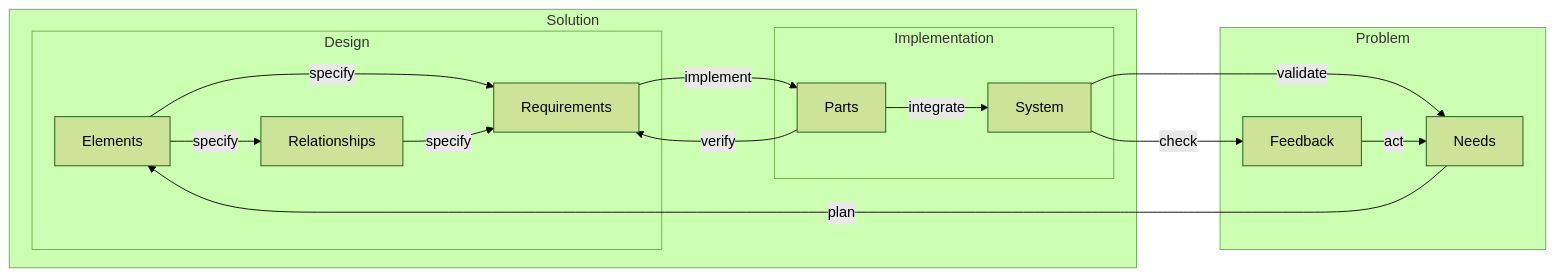
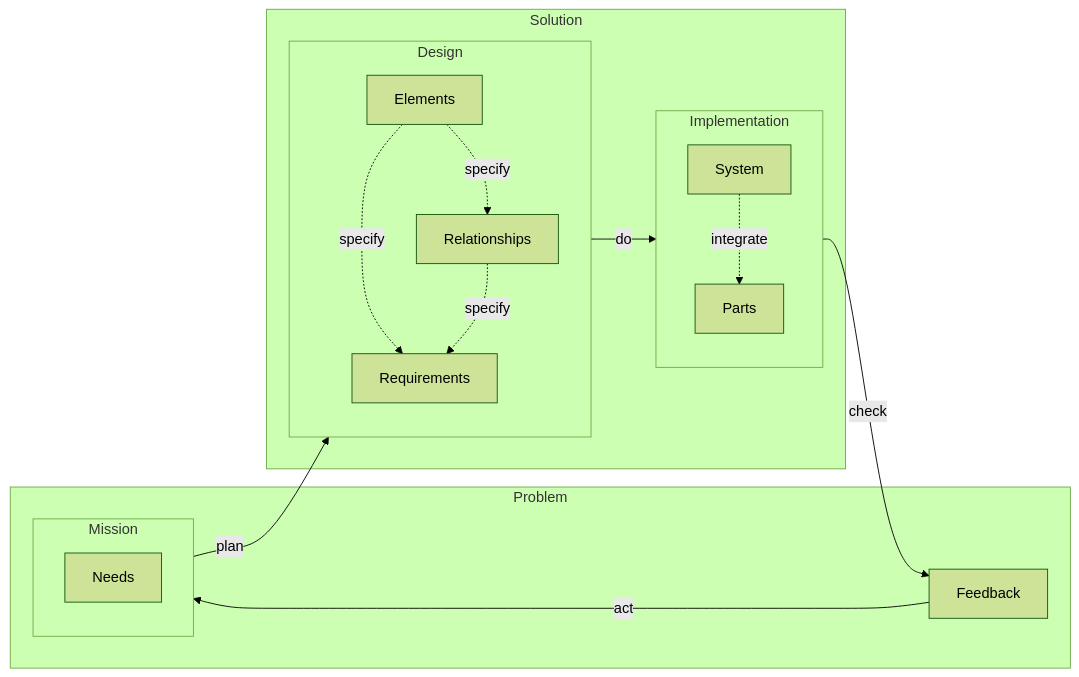
The eighth of 11 diagrams in README.md (firstprinciplesthinking/paper_development_lifecycle), drawn with Mermaid (forest theme) before and after one commit. The commit also changed other lines of this file, not shown here.

Commit message:
Expand mission control

````diff
--- a/README.md
+++ b/README.md
@@ -167,30 +174,32 @@
 ```mermaid
    flowchart LR
       subgraph Solution
         subgraph Design
             Elements
             Relationships
             Requirements
          end
          subgraph Implementation
             Parts
             System
          end
       end
       
       subgraph Problem
-         Needs
+         subgraph Mission
+            Needs
+         end
          Feedback
       end
 
-      Needs--"plan"-->Elements
-      Elements--"specify"-->Requirements
-      Elements--"specify"-->Relationships
-      Relationships--"specify"-->Requirements
-      Requirements--"implement"-->Parts
-      Parts--"integrate"-->System
-      Parts--"verify"-->Requirements
-      System--"check"-->Feedback
-      System--"validate"-->Needs
-      Feedback--"act"-->Needs
+      Mission--"plan"-->Design
+      Design--"do"-->Implementation
+      Implementation--"check"-->Feedback
+      Feedback--"act"-->Mission
+
+      Elements-."specify".->Requirements
+      Elements-."specify".->Relationships
+      Relationships-."specify".->Requirements
+
+      System-."integrate".->Parts
 ```
````
